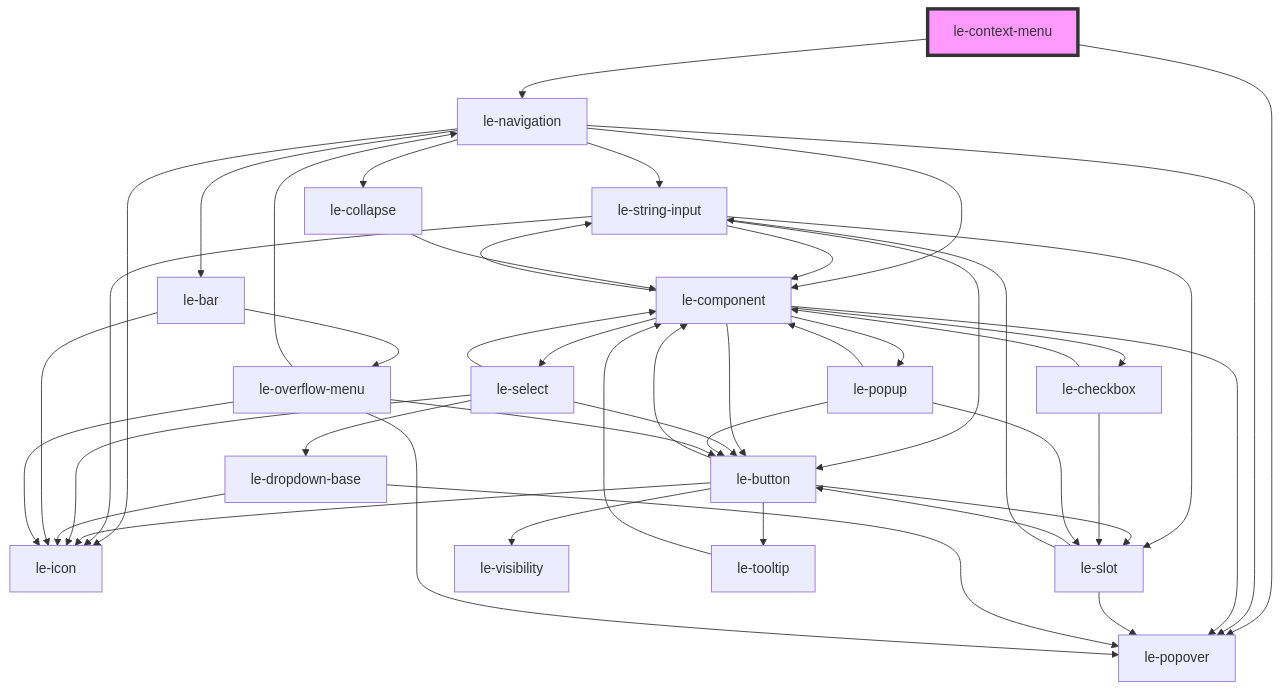
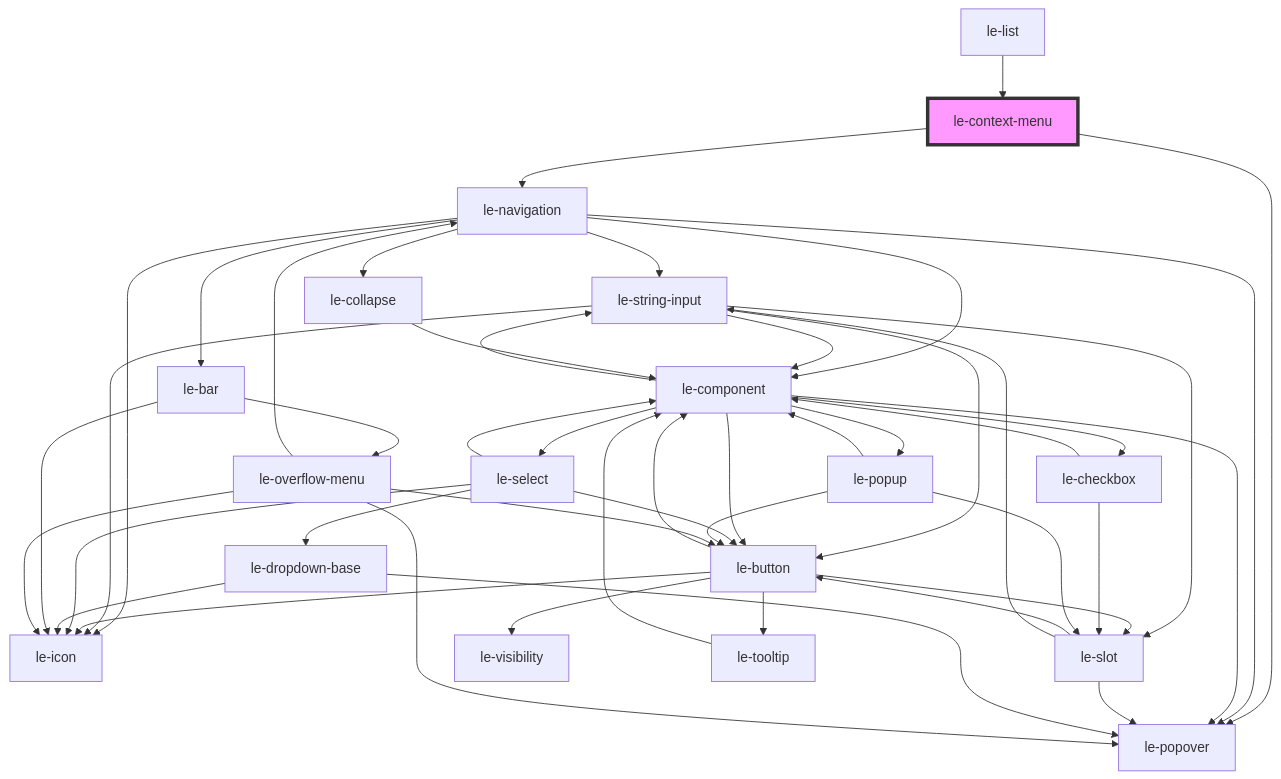
Before and after one commit to leechy/le-kit: the diagram in packages/core/src/components/le-context-menu/readme.md, drawn with Mermaid. The commit also changed other lines of this file and 7 other files, not shown here.

Commit message:
Add to <le-list> columns visibility menu

````diff
--- a/packages/core/src/components/le-context-menu/readme.md
+++ b/packages/core/src/components/le-context-menu/readme.md
@@ -96,49 +100,50 @@
 ```mermaid
 graph TD;
   le-context-menu --> le-popover
   le-context-menu --> le-navigation
   le-navigation --> le-icon
   le-navigation --> le-string-input
   le-navigation --> le-collapse
   le-navigation --> le-popover
   le-navigation --> le-bar
   le-navigation --> le-component
   le-string-input --> le-component
   le-string-input --> le-button
   le-string-input --> le-icon
   le-string-input --> le-slot
   le-component --> le-button
   le-component --> le-select
   le-component --> le-checkbox
   le-component --> le-string-input
   le-component --> le-popover
   le-component --> le-popup
   le-button --> le-icon
   le-button --> le-visibility
   le-button --> le-slot
   le-button --> le-component
   le-button --> le-tooltip
   le-slot --> le-popover
   le-slot --> le-button
   le-slot --> le-string-input
   le-tooltip --> le-component
   le-select --> le-icon
   le-select --> le-component
   le-select --> le-dropdown-base
   le-select --> le-button
   le-dropdown-base --> le-icon
   le-dropdown-base --> le-popover
   le-checkbox --> le-component
   le-checkbox --> le-slot
   le-popup --> le-slot
   le-popup --> le-button
   le-popup --> le-component
   le-collapse --> le-component
   le-bar --> le-icon
   le-bar --> le-overflow-menu
   le-overflow-menu --> le-navigation
   le-overflow-menu --> le-popover
   le-overflow-menu --> le-button
   le-overflow-menu --> le-icon
+  le-list --> le-context-menu
   style le-context-menu fill:#f9f,stroke:#333,stroke-width:4px
 ```
````
